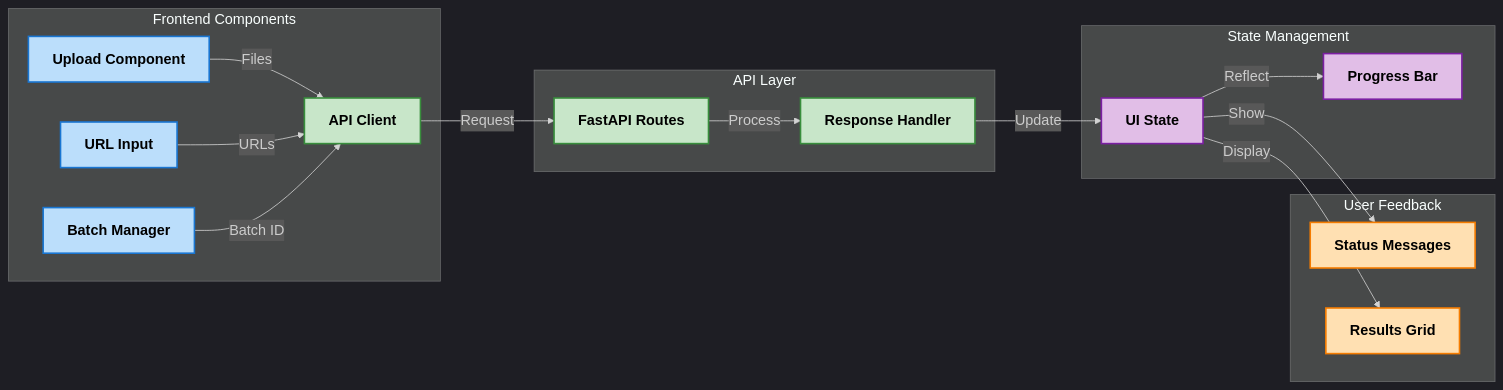
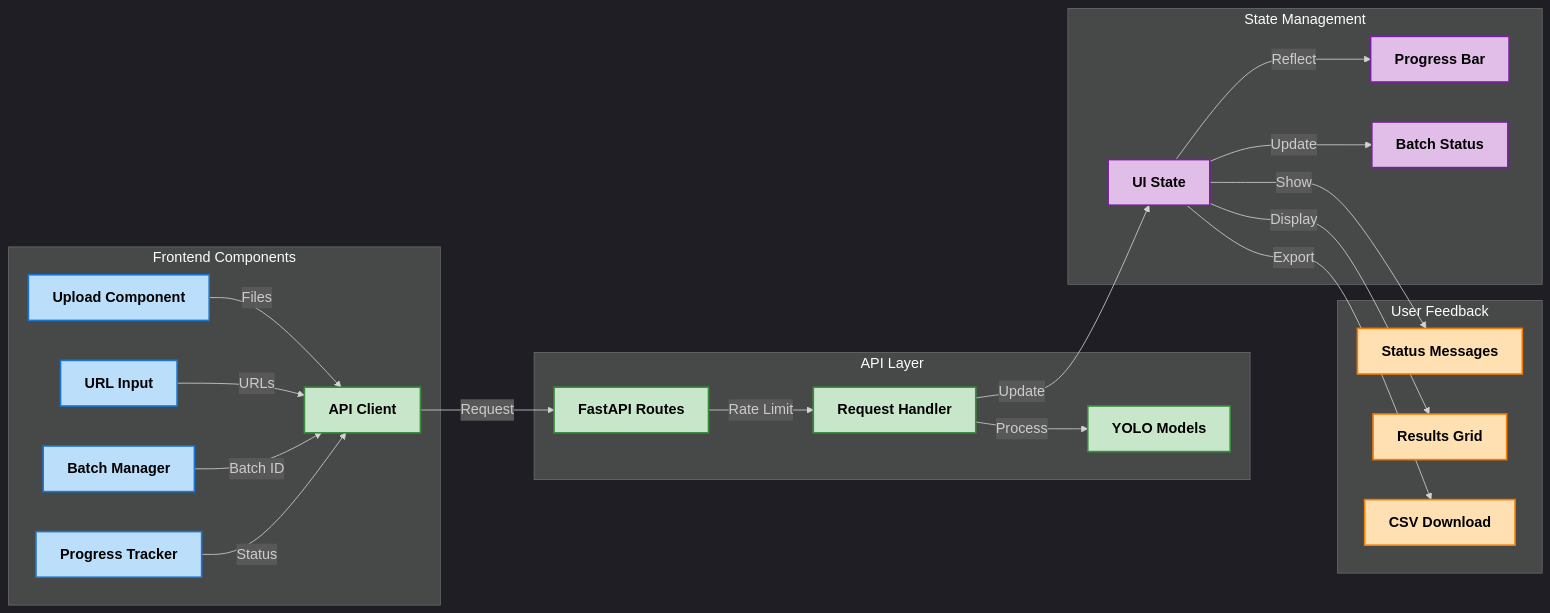
One commit to Dhruv0306/SymphonyProject1 changed the third of 9 diagrams in README.md. Above: the diagram before and after it, drawn with Mermaid. The commit also changed other lines of this file and 19 other files, not shown here.

Commit message:
Update: Documentations + Diagrams

````diff
--- a/README.md
+++ b/README.md
@@ -164,34 +160,42 @@
 ```mermaid
 %%{init: {'theme': 'dark', 'themeVariables': { 'fontFamily': 'arial', 'fontSize': '18px', 'fontWeight': 'bold'}}}%%
 graph LR
     subgraph "Frontend Components"
         style A1 fill:#bbdefb,stroke:#1976d2,stroke-width:2px,color:#000000,font-weight:bold
         style A2 fill:#bbdefb,stroke:#1976d2,stroke-width:2px,color:#000000,font-weight:bold
         style A3 fill:#bbdefb,stroke:#1976d2,stroke-width:2px,color:#000000,font-weight:bold
+        style A4 fill:#bbdefb,stroke:#1976d2,stroke-width:2px,color:#000000,font-weight:bold
         A1[Upload Component] -->|"Files"| B1[API Client]
         A2[URL Input] -->|"URLs"| B1
         A3[Batch Manager] -->|"Batch ID"| B1
+        A4[Progress Tracker] -->|"Status"| B1
     end
 
     subgraph "API Layer"
         style B1 fill:#c8e6c9,stroke:#388e3c,stroke-width:2px,color:#000000,font-weight:bold
         style B2 fill:#c8e6c9,stroke:#388e3c,stroke-width:2px,color:#000000,font-weight:bold
         style B3 fill:#c8e6c9,stroke:#388e3c,stroke-width:2px,color:#000000,font-weight:bold
+        style B4 fill:#c8e6c9,stroke:#388e3c,stroke-width:2px,color:#000000,font-weight:bold
         B1 -->|"Request"| B2[FastAPI Routes]
-        B2 -->|"Process"| B3[Response Handler]
+        B2 -->|"Rate Limit"| B3[Request Handler]
+        B3 -->|"Process"| B4[YOLO Models]
     end
 
     subgraph "State Management"
         style C1 fill:#e1bee7,stroke:#7b1fa2,stroke-width:2px,color:#000000,font-weight:bold
         style C2 fill:#e1bee7,stroke:#7b1fa2,stroke-width:2px,color:#000000,font-weight:bold
+        style C3 fill:#e1bee7,stroke:#7b1fa2,stroke-width:2px,color:#000000,font-weight:bold
         B3 -->|"Update"| C1[UI State]
         C1 -->|"Reflect"| C2[Progress Bar]
+        C1 -->|"Update"| C3[Batch Status]
     end
 
     subgraph "User Feedback"
         style D1 fill:#ffe0b2,stroke:#f57c00,stroke-width:2px,color:#000000,font-weight:bold
         style D2 fill:#ffe0b2,stroke:#f57c00,stroke-width:2px,color:#000000,font-weight:bold
+        style D3 fill:#ffe0b2,stroke:#f57c00,stroke-width:2px,color:#000000,font-weight:bold
         C1 -->|"Show"| D1[Status Messages]
         C1 -->|"Display"| D2[Results Grid]
+        C1 -->|"Export"| D3[CSV Download]
     end
 ```
````
